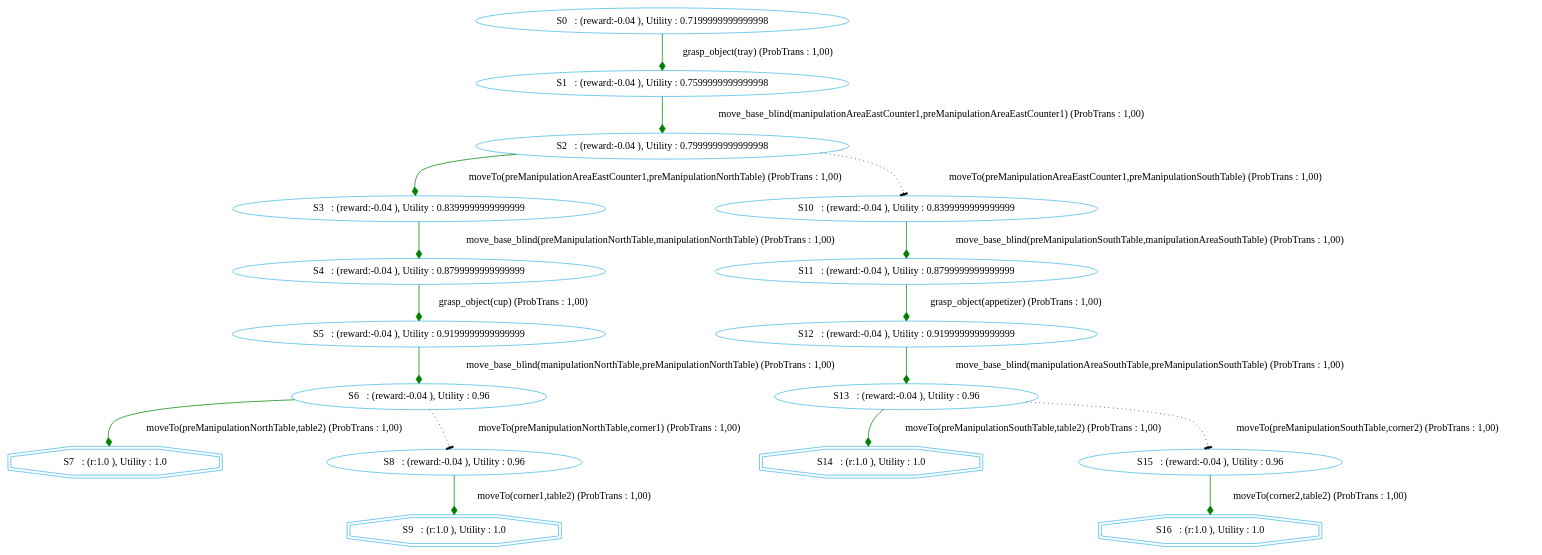
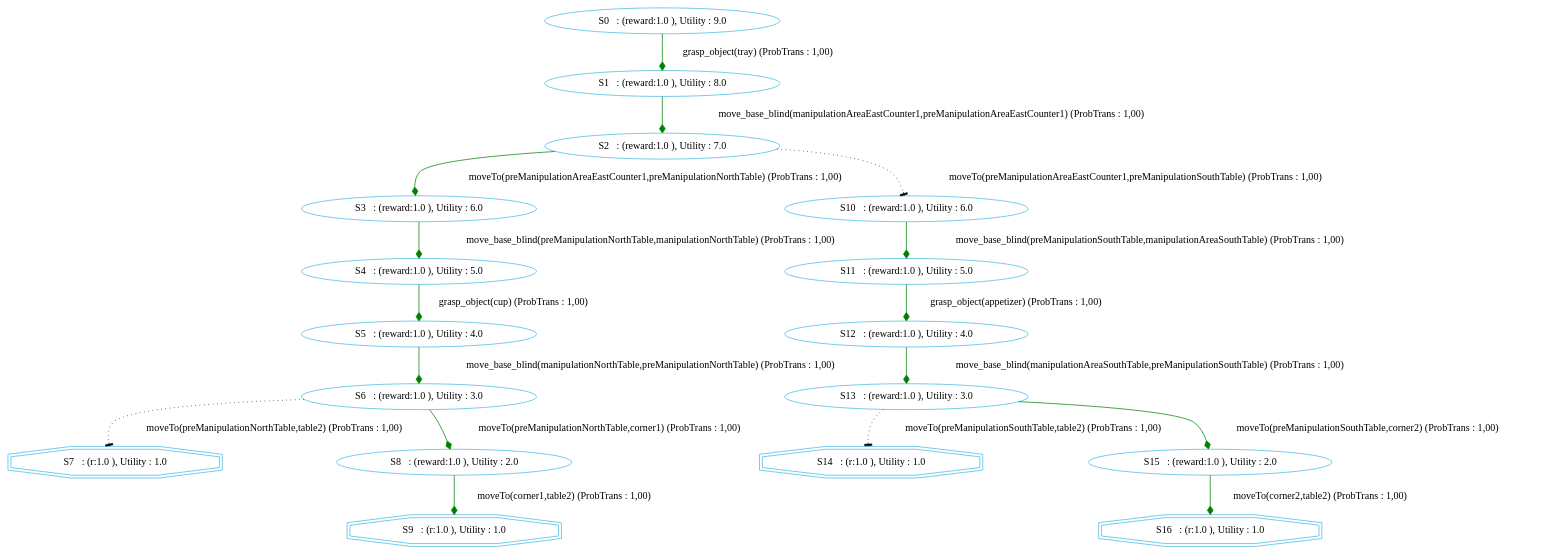
The diagram in chimp/src/main/java/examples/MDP/RACE/test_m_drive_robot_1.dot (htiraHatem/CHIMP_MDP), drawn with Graphviz before and after one commit. The commit also changed 3 other files, not shown here.

```diff
--- a/chimp/src/main/java/examples/MDP/RACE/test_m_drive_robot_1.dot
+++ b/chimp/src/main/java/examples/MDP/RACE/test_m_drive_robot_1.dot
@@ -1,37 +1,37 @@
 digraph {
   node [color="#40b9e5" ]
  size="60,17";
 "7" [label=" S7   : (r:1.0 ), Utility : 1.0 " shape=doubleoctagon];
 "9" [label=" S9   : (r:1.0 ), Utility : 1.0 " shape=doubleoctagon];
 "14" [label=" S14   : (r:1.0 ), Utility : 1.0 " shape=doubleoctagon];
 "16" [label=" S16   : (r:1.0 ), Utility : 1.0 " shape=doubleoctagon];
-"0" [label=" S0   : (reward:-0.04 ), Utility : 0.7199999999999998 "];
-"1" [label=" S1   : (reward:-0.04 ), Utility : 0.7599999999999998 "];
-"2" [label=" S2   : (reward:-0.04 ), Utility : 0.7999999999999998 "];
-"3" [label=" S3   : (reward:-0.04 ), Utility : 0.8399999999999999 "];
-"4" [label=" S4   : (reward:-0.04 ), Utility : 0.8799999999999999 "];
-"5" [label=" S5   : (reward:-0.04 ), Utility : 0.9199999999999999 "];
-"6" [label=" S6   : (reward:-0.04 ), Utility : 0.96 "];
-"8" [label=" S8   : (reward:-0.04 ), Utility : 0.96 "];
-"10" [label=" S10   : (reward:-0.04 ), Utility : 0.8399999999999999 "];
-"11" [label=" S11   : (reward:-0.04 ), Utility : 0.8799999999999999 "];
-"12" [label=" S12   : (reward:-0.04 ), Utility : 0.9199999999999999 "];
-"13" [label=" S13   : (reward:-0.04 ), Utility : 0.96 "];
-"15" [label=" S15   : (reward:-0.04 ), Utility : 0.96 "];
+"0" [label=" S0   : (reward:1.0 ), Utility : 9.0 "];
+"1" [label=" S1   : (reward:1.0 ), Utility : 8.0 "];
+"2" [label=" S2   : (reward:1.0 ), Utility : 7.0 "];
+"3" [label=" S3   : (reward:1.0 ), Utility : 6.0 "];
+"4" [label=" S4   : (reward:1.0 ), Utility : 5.0 "];
+"5" [label=" S5   : (reward:1.0 ), Utility : 4.0 "];
+"6" [label=" S6   : (reward:1.0 ), Utility : 3.0 "];
+"8" [label=" S8   : (reward:1.0 ), Utility : 2.0 "];
+"10" [label=" S10   : (reward:1.0 ), Utility : 6.0 "];
+"11" [label=" S11   : (reward:1.0 ), Utility : 5.0 "];
+"12" [label=" S12   : (reward:1.0 ), Utility : 4.0 "];
+"13" [label=" S13   : (reward:1.0 ), Utility : 3.0 "];
+"15" [label=" S15   : (reward:1.0 ), Utility : 2.0 "];
 "0" -> "1" [ label="grasp_object(tray) (ProbTrans : 1,00)"
 , arrowhead = diamond , color=green];"1" -> "2" [ label="move_base_blind(manipulationAreaEastCounter1,preManipulationAreaEastCounter1) (ProbTrans : 1,00)"
 , arrowhead = diamond , color=green];"2" -> "3" [ label="moveTo(preManipulationAreaEastCounter1,preManipulationNorthTable) (ProbTrans : 1,00)"
 , arrowhead = diamond , color=green];"2" -> "10" [ label="moveTo(preManipulationAreaEastCounter1,preManipulationSouthTable) (ProbTrans : 1,00)"
 ,style=dotted, arrowhead=tee];"3" -> "4" [ label="move_base_blind(preManipulationNorthTable,manipulationNorthTable) (ProbTrans : 1,00)"
 , arrowhead = diamond , color=green];"4" -> "5" [ label="grasp_object(cup) (ProbTrans : 1,00)"
 , arrowhead = diamond , color=green];"5" -> "6" [ label="move_base_blind(manipulationNorthTable,preManipulationNorthTable) (ProbTrans : 1,00)"
 , arrowhead = diamond , color=green];"6" -> "7" [ label="moveTo(preManipulationNorthTable,table2) (ProbTrans : 1,00)"
-, arrowhead = diamond , color=green];"6" -> "8" [ label="moveTo(preManipulationNorthTable,corner1) (ProbTrans : 1,00)"
-,style=dotted, arrowhead=tee];"8" -> "9" [ label="moveTo(corner1,table2) (ProbTrans : 1,00)"
+,style=dotted, arrowhead=tee];"6" -> "8" [ label="moveTo(preManipulationNorthTable,corner1) (ProbTrans : 1,00)"
+, arrowhead = diamond , color=green];"8" -> "9" [ label="moveTo(corner1,table2) (ProbTrans : 1,00)"
 , arrowhead = diamond , color=green];"10" -> "11" [ label="move_base_blind(preManipulationSouthTable,manipulationAreaSouthTable) (ProbTrans : 1,00)"
 , arrowhead = diamond , color=green];"11" -> "12" [ label="grasp_object(appetizer) (ProbTrans : 1,00)"
 , arrowhead = diamond , color=green];"12" -> "13" [ label="move_base_blind(manipulationAreaSouthTable,preManipulationSouthTable) (ProbTrans : 1,00)"
 , arrowhead = diamond , color=green];"13" -> "14" [ label="moveTo(preManipulationSouthTable,table2) (ProbTrans : 1,00)"
-, arrowhead = diamond , color=green];"13" -> "15" [ label="moveTo(preManipulationSouthTable,corner2) (ProbTrans : 1,00)"
-,style=dotted, arrowhead=tee];"15" -> "16" [ label="moveTo(corner2,table2) (ProbTrans : 1,00)"
+,style=dotted, arrowhead=tee];"13" -> "15" [ label="moveTo(preManipulationSouthTable,corner2) (ProbTrans : 1,00)"
+, arrowhead = diamond , color=green];"15" -> "16" [ label="moveTo(corner2,table2) (ProbTrans : 1,00)"
 , arrowhead = diamond , color=green];}
```
